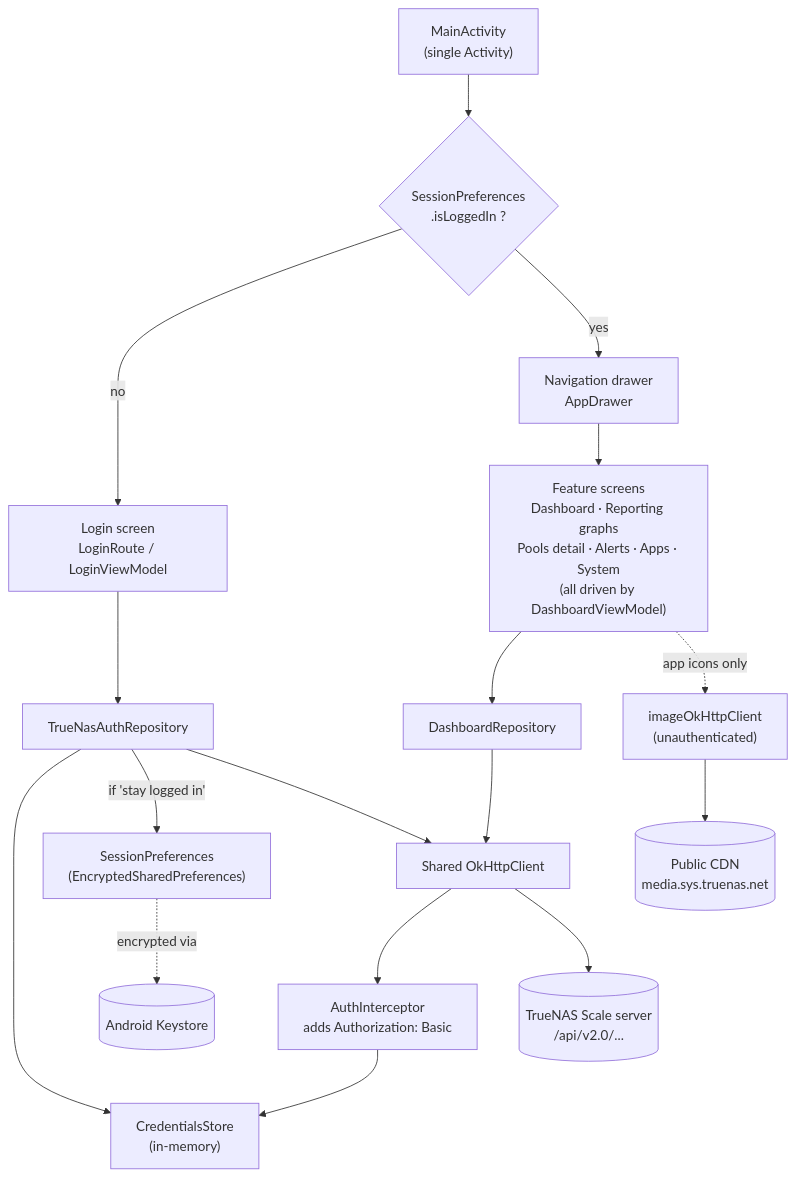
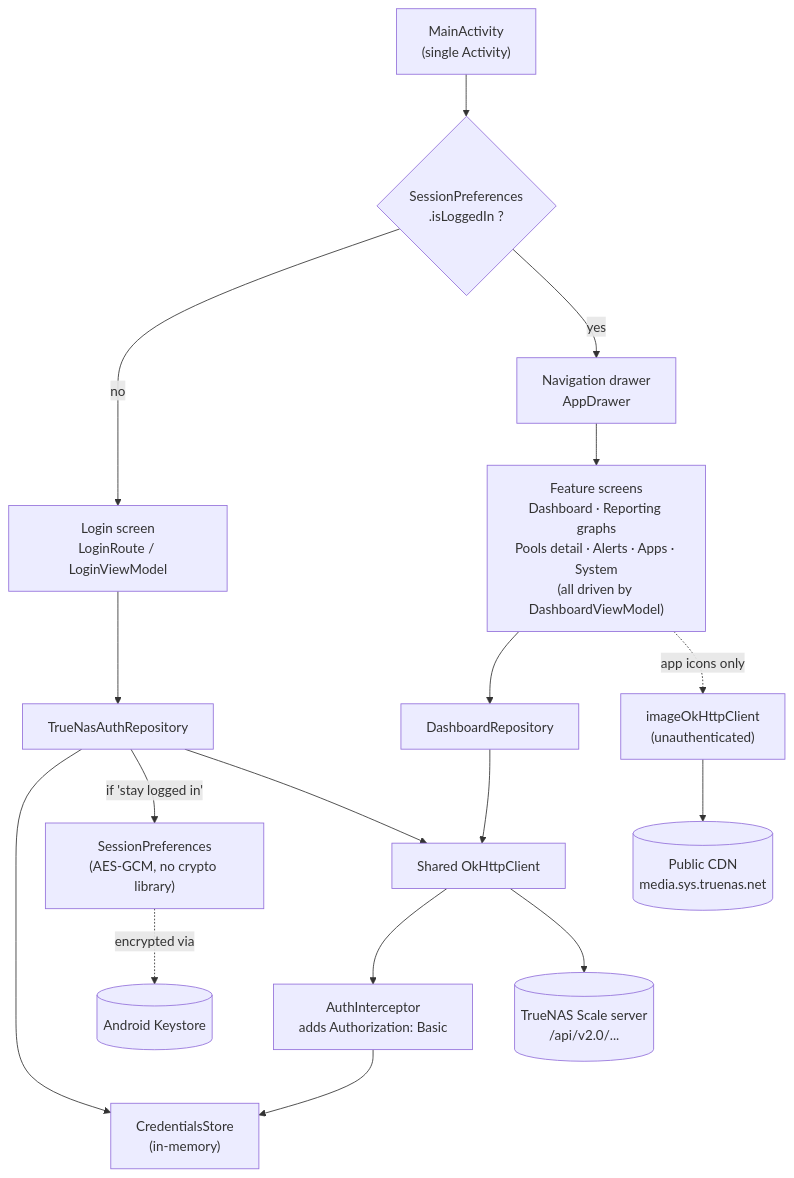
Before and after one commit to Juju-archy/Nas-Manager-App: the diagram in README.md, drawn with Mermaid. The commit also changed 15 other files, not shown here.

````diff
--- a/README.md
+++ b/README.md
@@ -17,24 +17,24 @@
 ```mermaid
 graph TB
     MainActivity["MainActivity<br/>(single Activity)"] --> IsLoggedIn{"SessionPreferences<br/>.isLoggedIn ?"}
     IsLoggedIn -->|no| LoginScreen["Login screen<br/>LoginRoute / LoginViewModel"]
     IsLoggedIn -->|yes| Drawer["Navigation drawer<br/>AppDrawer"]
     Drawer --> FeatureScreens["Feature screens<br/>Dashboard · Reporting graphs<br/>Pools detail · Alerts · Apps · System<br/>(all driven by DashboardViewModel)"]
 
     LoginScreen --> AuthRepo["TrueNasAuthRepository"]
     FeatureScreens --> DashRepo["DashboardRepository"]
 
     AuthRepo --> CredStore["CredentialsStore<br/>(in-memory)"]
-    AuthRepo -->|"if 'stay logged in'"| SessionPrefs["SessionPreferences<br/>(EncryptedSharedPreferences)"]
+    AuthRepo -->|"if 'stay logged in'"| SessionPrefs["SessionPreferences<br/>(AES-GCM, no crypto library)"]
     AuthRepo --> OkHttp["Shared OkHttpClient"]
     DashRepo --> OkHttp
 
     OkHttp --> AuthInterceptor["AuthInterceptor<br/>adds Authorization: Basic"]
     AuthInterceptor --> CredStore
     OkHttp --> TrueNAS[("TrueNAS Scale server<br/>/api/v2.0/...")]
 
     FeatureScreens -. app icons only .-> ImageClient["imageOkHttpClient<br/>(unauthenticated)"]
     ImageClient --> CDN[("Public CDN<br/>media.sys.truenas.net")]
 
     SessionPrefs -. encrypted via .-> Keystore[("Android Keystore")]
 ```
````
